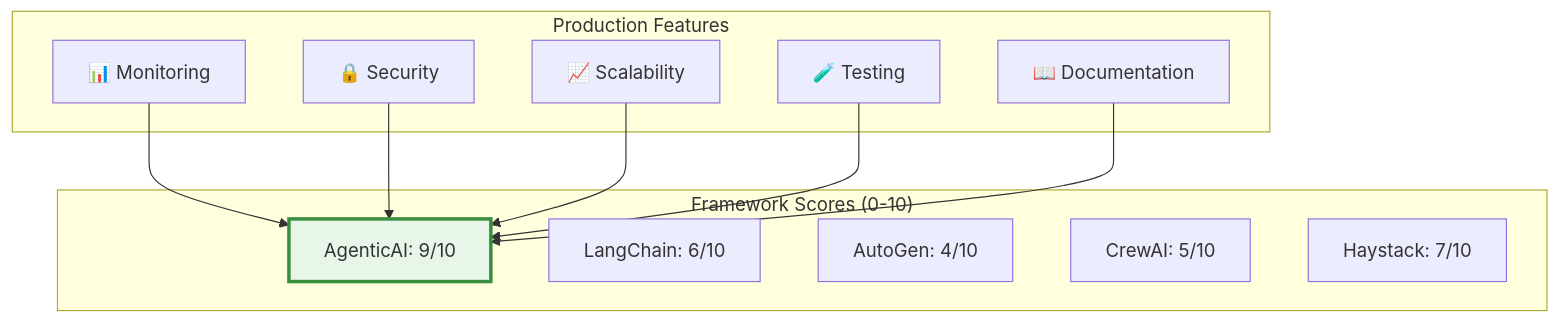
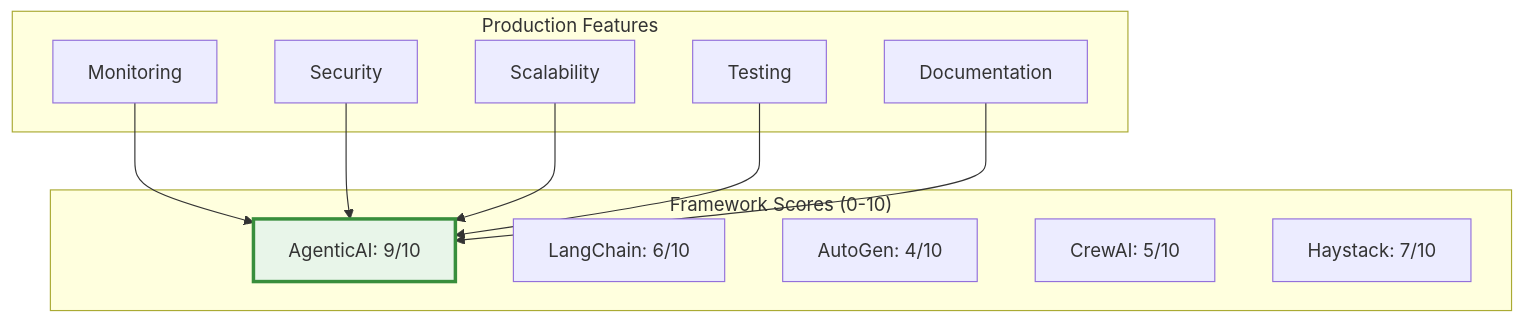
Before and after one commit to isathish/agenticaiframework: the third of 3 diagrams in docs/comparison.md, drawn with Mermaid. The commit also changed other lines of this file and 93 other files, not shown here.

````diff
--- a/docs/comparison.md
+++ b/docs/comparison.md
@@ -367,26 +367,26 @@
 ```mermaid
 graph TB
     subgraph "Production Features"
-        MON[📊 Monitoring]
-        SEC[🔒 Security]
-        SCALE[📈 Scalability]
-        TEST[🧪 Testing]
-        DOCS[📖 Documentation]
+        MON[Monitoring]
+        SEC[Security]
+        SCALE[Scalability]
+        TEST[Testing]
+        DOCS[Documentation]
     end
-    
+
     subgraph "Framework Scores (0-10)"
         A[AgenticAI: 9/10]
         B[LangChain: 6/10]
         C[AutoGen: 4/10]
         D[CrewAI: 5/10]
         E[Haystack: 7/10]
     end
-    
+
     MON --> A
     SEC --> A
     SCALE --> A
     TEST --> A
     DOCS --> A
-    
+
     style A fill:#e8f5e9,stroke:#388e3c,stroke-width:3px
 ```
````
